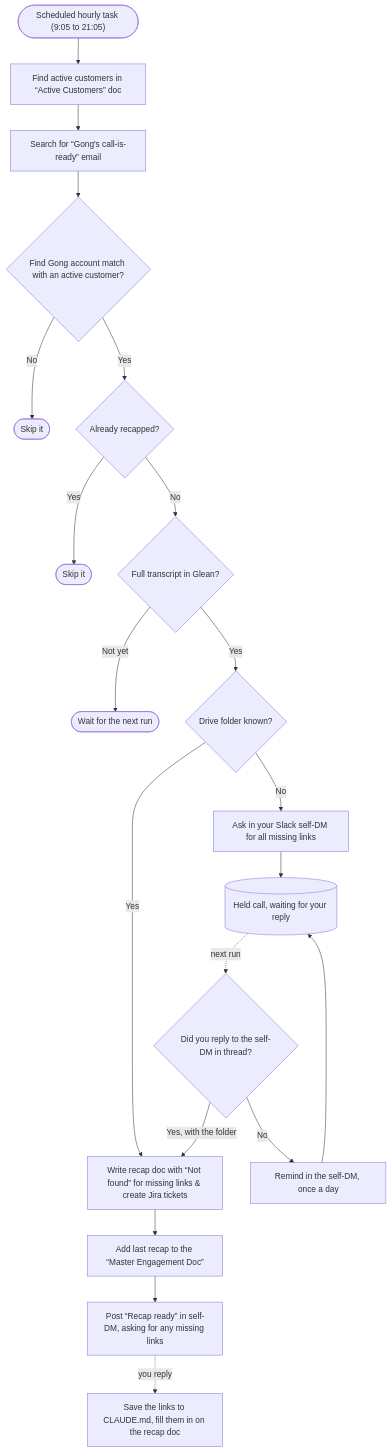
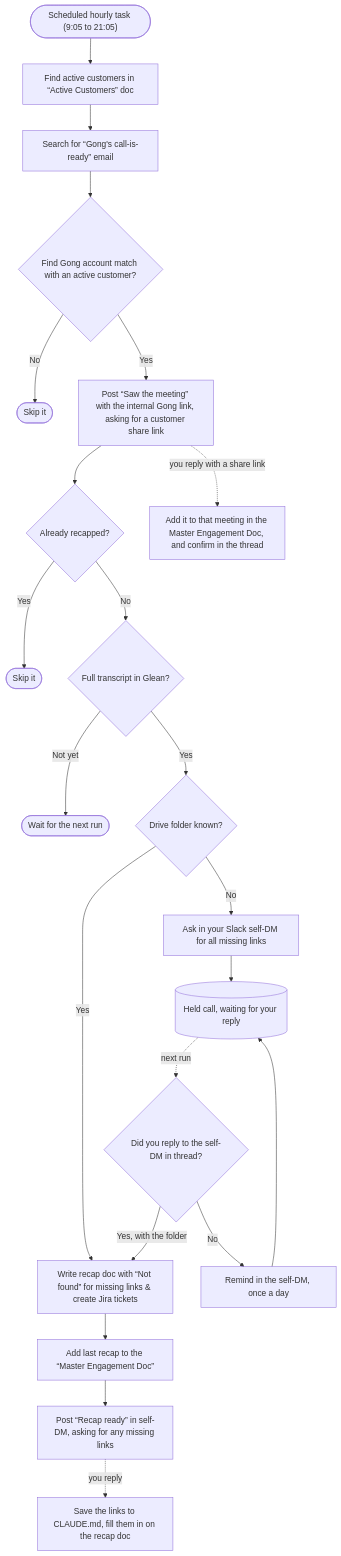
Before and after one commit to maya-sandler/ai-sa-skills: the diagram in README.md, drawn with Mermaid. The commit also changed other lines of this file, not shown here.

Commit message:
README: list every skill, add customer-shared-notes, and bring the recap check up to date

````diff
--- a/README.md
+++ b/README.md
@@ -193,20 +221,21 @@
 ```mermaid
 flowchart TD
     T(["Scheduled hourly task (9:05 to 21:05)"]) --> AC[Find active customers in “Active Customers” doc]
     AC --> E[Search for “Gong's call-is-ready” email]
     E --> C{Find Gong account match with an active customer?}
     C -- No --> X([Skip it])
-    C -- Yes --> D{Already recapped?}
+    C -- Yes --> S["Post “Saw the meeting” with the internal Gong link, asking for a customer share link"] --> D{Already recapped?}
     D -- Yes --> X2([Skip it])
     D -- No --> TR{Full transcript in Glean?}
     TR -- Not yet --> W([Wait for the next run])
     TR -- Yes --> DF{Drive folder known?}
     DF -- Yes --> R
     DF -- No --> Q2[Ask in your Slack self-DM for all missing links] --> H[(Held call, waiting for your reply)]
     H -. next run .-> RP{Did you reply to the self-DM in thread?}
     RP -- Yes, with the folder --> R
     RP -- No --> RM[Remind in the self-DM, once a day] --> H
     R["Write recap doc with “Not found” for missing links & create Jira tickets"] --> SN[Add last recap to the “Master Engagement Doc”]
     SN --> P[Post “Recap ready” in self-DM, asking for any missing links]
     P -. you reply .-> U[Save the links to CLAUDE.md, fill them in on the recap doc]
+    S -. you reply with a share link .-> SL[Add it to that meeting in the Master Engagement Doc, and confirm in the thread]
 ```
````
